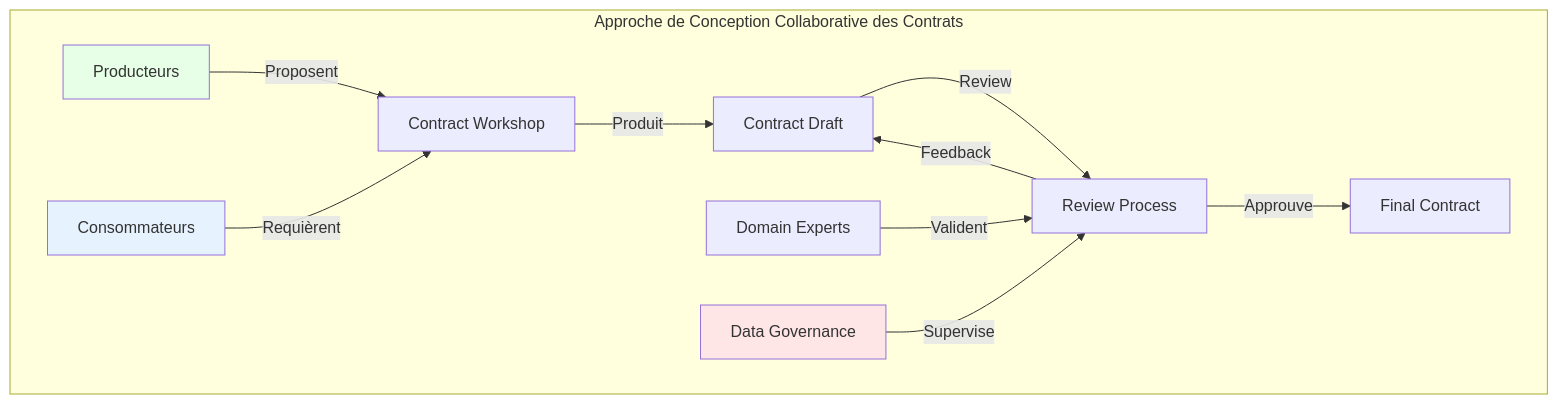
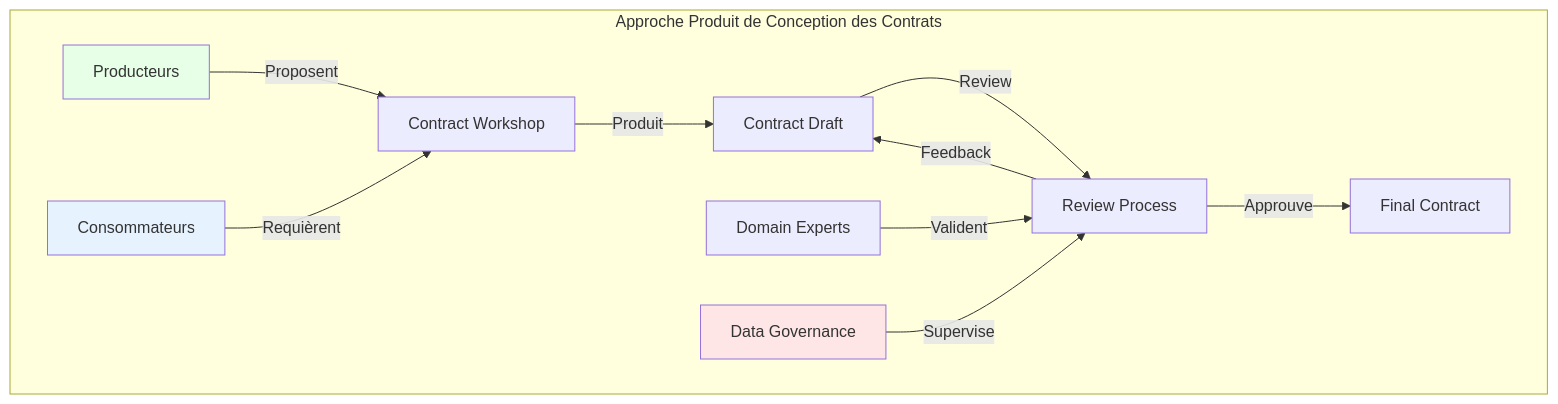
The diagram in docs/fr/articles/04-architecture-construction.md (monmaya/pyb-data-contracts), drawn with Mermaid before and after one commit. The commit also changed other lines of this file, not shown here.

````diff
--- a/docs/fr/articles/04-architecture-construction.md
+++ b/docs/fr/articles/04-architecture-construction.md
@@ -11,20 +17,20 @@
 ```mermaid
 graph TD
-    subgraph "Approche de Conception Collaborative des Contrats"
+    subgraph "Approche Produit de Conception des Contrats"
         P[Producteurs] -->|Proposent| A[Contract Workshop]
         C[Consommateurs] -->|Requièrent| A
         A -->|Produit| D[Contract Draft]
         D -->|Review| R[Review Process]
         R -->|Feedback| D
         R -->|Approuve| F[Final Contract]
         G[Domain Experts] -->|Valident| R
         H[Data Governance] -->|Supervise| R
     end
 
     classDef producer fill:#e6ffe6;
     classDef consumer fill:#e6f3ff;
     classDef governance fill:#ffe6e6;
     class P producer;
     class C consumer;
     class H governance;
 ```
````
